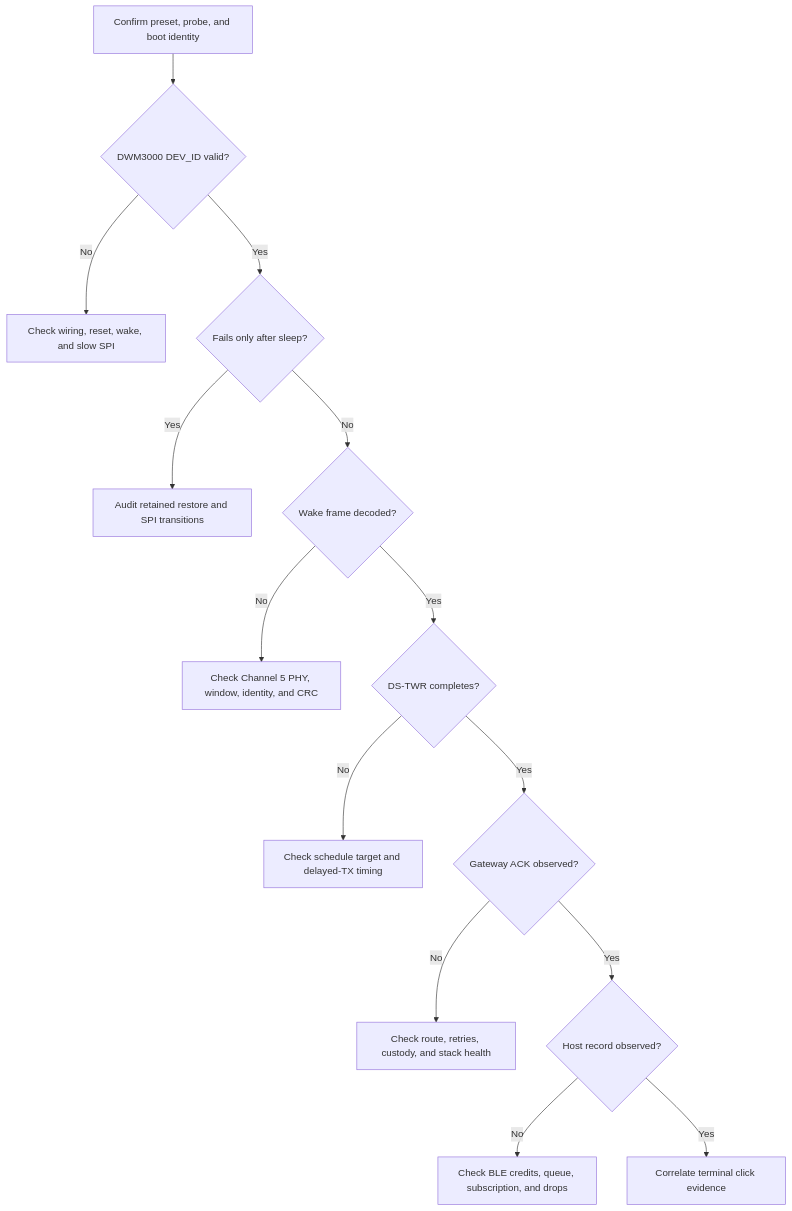
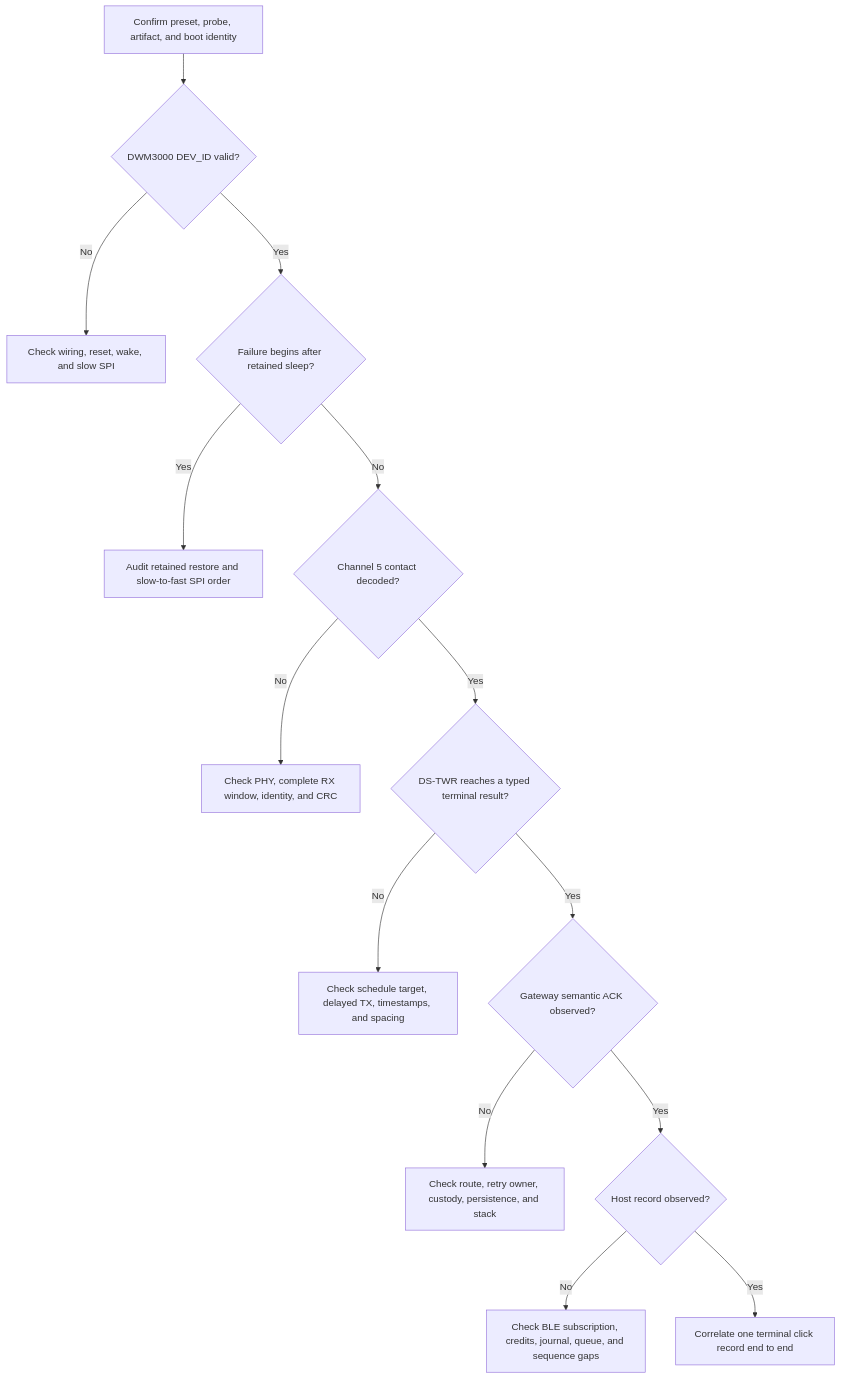
One commit to Jubliano-sama/IMEC2 changed the diagram in docs/wiki/13_hardware-bring-up-and-troubleshooting.md. Above: the diagram before and after it, drawn with Mermaid. The commit also changed other lines of this file and 15 other files, not shown here.

````diff
--- a/docs/wiki/13_hardware-bring-up-and-troubleshooting.md
+++ b/docs/wiki/13_hardware-bring-up-and-troubleshooting.md
@@ -85,16 +80,16 @@
 ```mermaid
 graph TD
-    A["Confirm preset, probe, and boot identity"] --> B{"DWM3000 DEV_ID valid?"}
+    A["Confirm preset, probe, artifact, and boot identity"] --> B{"DWM3000 DEV_ID valid?"}
     B -->|"No"| C["Check wiring, reset, wake, and slow SPI"]
-    B -->|"Yes"| D{"Fails only after sleep?"}
-    D -->|"Yes"| E["Audit retained restore and SPI transitions"]
-    D -->|"No"| F{"Wake frame decoded?"}
-    F -->|"No"| G["Check Channel 5 PHY, window, identity, and CRC"]
-    F -->|"Yes"| H{"DS-TWR completes?"}
-    H -->|"No"| I["Check schedule target and delayed-TX timing"]
-    H -->|"Yes"| J{"Gateway ACK observed?"}
-    J -->|"No"| K["Check route, retries, custody, and stack health"]
+    B -->|"Yes"| D{"Failure begins after retained sleep?"}
+    D -->|"Yes"| E["Audit retained restore and slow-to-fast SPI order"]
+    D -->|"No"| F{"Channel 5 contact decoded?"}
+    F -->|"No"| G["Check PHY, complete RX window, identity, and CRC"]
+    F -->|"Yes"| H{"DS-TWR reaches a typed terminal result?"}
+    H -->|"No"| I["Check schedule target, delayed TX, timestamps, and spacing"]
+    H -->|"Yes"| J{"Gateway semantic ACK observed?"}
+    J -->|"No"| K["Check route, retry owner, custody, persistence, and stack"]
     J -->|"Yes"| L{"Host record observed?"}
-    L -->|"No"| M["Check BLE credits, queue, subscription, and drops"]
-    L -->|"Yes"| N["Correlate terminal click evidence"]
+    L -->|"No"| M["Check BLE subscription, credits, journal, queue, and sequence gaps"]
+    L -->|"Yes"| N["Correlate one terminal click record end to end"]
 ```
````
